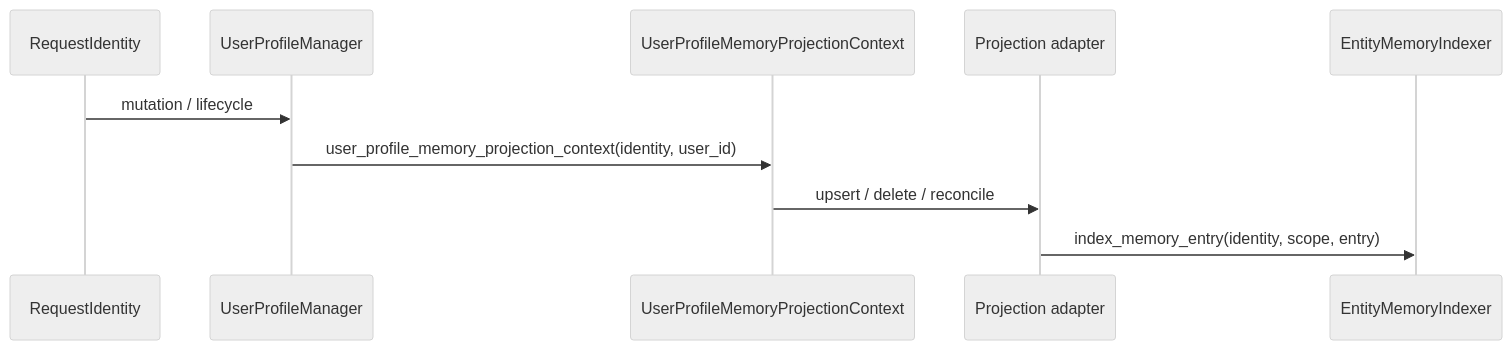
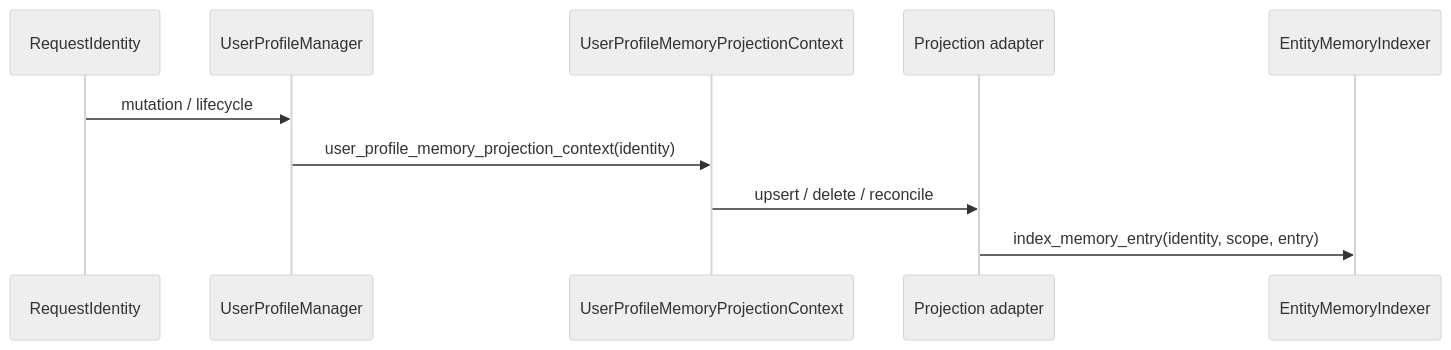
Before and after one commit to jakbuczarnecki/intergrax: the third of 8 diagrams in docs/project/architecture/MEMORY_ARCHITECTURE.md, drawn with Mermaid (neutral theme). The commit also changed other lines of this file and 2 other files, not shown here.

First line of the commit message:
docs(memory): align architecture guides with contracts

````diff
--- a/docs/project/architecture/MEMORY_ARCHITECTURE.md
+++ b/docs/project/architecture/MEMORY_ARCHITECTURE.md
@@ -95,13 +95,13 @@
 ```mermaid
 sequenceDiagram
     participant RI as RequestIdentity
     participant UPM as UserProfileManager
     participant CTX as UserProfileMemoryProjectionContext
     participant AD as Projection adapter
     participant IDX as EntityMemoryIndexer
 
     RI->>UPM: mutation / lifecycle
-    UPM->>CTX: user_profile_memory_projection_context(identity, user_id)
+    UPM->>CTX: user_profile_memory_projection_context(identity)
     CTX->>AD: upsert / delete / reconcile
     AD->>IDX: index_memory_entry(identity, scope, entry)
 ```
````
